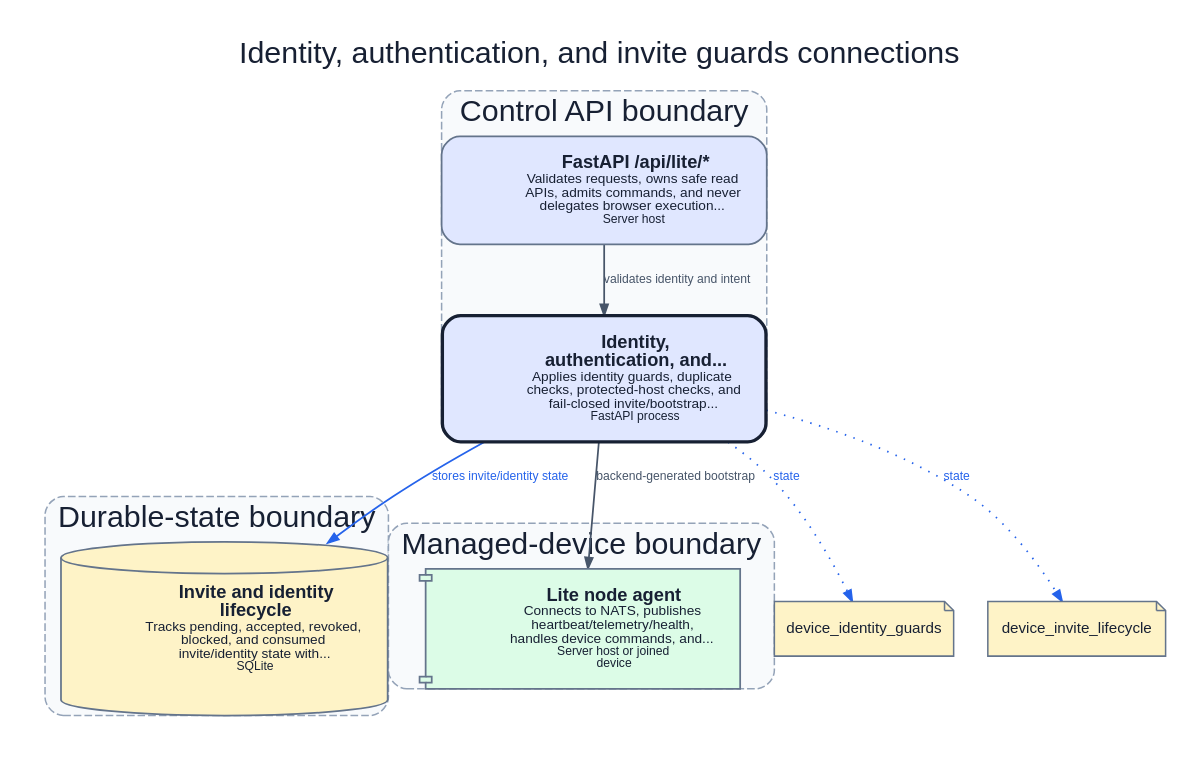
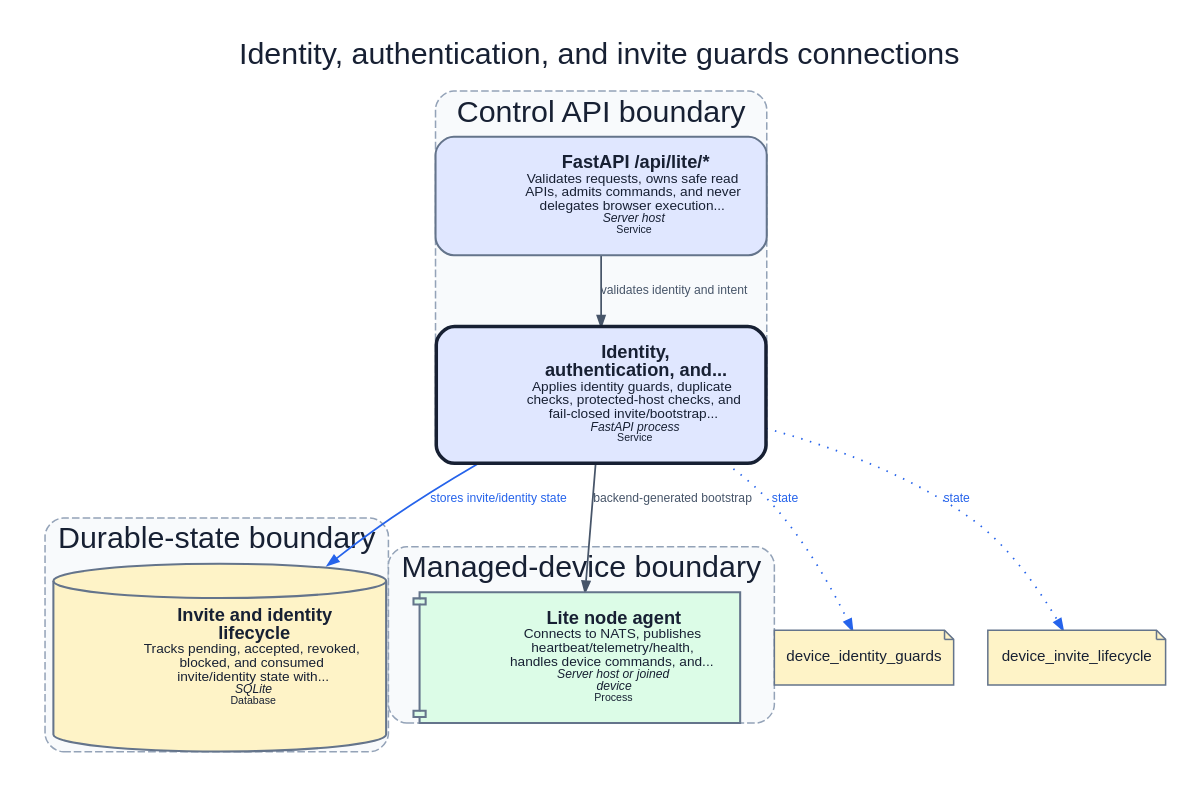
Before and after one commit to dexter-lab-ctrl/pocket-lab-lite: the diagram in docs/assets/diagrams/production/components/api-guards.light.dot, drawn with Graphviz. The commit also changed 395 other files, not shown here.

Commit message:
docs: add infrastructure architecture icons

```diff
--- a/docs/assets/diagrams/production/components/api-guards.light.dot
+++ b/docs/assets/diagrams/production/components/api-guards.light.dot
@@ -1,70 +1,70 @@
 digraph component_api_guards {
   graph [
     rankdir="TB",
     splines="spline",
     compound="true",
     newrank="true",
     nodesep="0.30",
     ranksep="0.52",
     ratio="compress",
     pad="0.20",
     margin="0",
     outputorder="edgesfirst",
     bgcolor="#ffffff",
     fontcolor="#172033",
     fontname="Arial",
     label="Identity, authentication, and invite guards connections",
     labelloc="t",
     fontsize="20"
   ];
   node [
     fontname="Arial",
     fontsize="10",
     color="#64748b",
     fontcolor="#172033",
     margin="0.12,0.08"
   ];
   edge [
     fontname="Arial",
     fontsize="8",
     color="#64748b",
     fontcolor="#475569",
     arrowsize="0.72",
     penwidth="1.15"
   ];
   subgraph "cluster_control-api" {
     label="Control API boundary";
     style="rounded,dashed,filled";
     color="#94a3b8";
     fillcolor="#f8fafc";
     fontcolor="#172033";
     penwidth="1.0";
-    "api-guards" [label=<<TABLE BORDER="0" CELLBORDER="0" CELLPADDING="4"><TR><TD FIXEDSIZE="TRUE" WIDTH="38" HEIGHT="38"> </TD><TD ALIGN="LEFT"><FONT POINT-SIZE="12"><B>Identity,<BR/>authentication, and...</B></FONT><BR/><FONT POINT-SIZE="9">Applies identity guards, duplicate<BR/>checks, protected-host checks, and<BR/>fail-closed invite/bootstrap...</FONT><BR/><FONT POINT-SIZE="8">FastAPI process</FONT></TD></TR></TABLE>>, shape="box", style="rounded,filled,bold", fillcolor="#e0e7ff", color="#172033", fontcolor="#172033", penwidth="2.2", tooltip="Identity, authentication, and invite guards. Applies identity guards, duplicate checks, protected-host checks, and fail-closed invite/bootstrap acceptance.", URL="../../../../generated/production/architecture/components/api-guards/", target="_top"];
-    "lite-api" [label=<<TABLE BORDER="0" CELLBORDER="0" CELLPADDING="4"><TR><TD FIXEDSIZE="TRUE" WIDTH="38" HEIGHT="38"> </TD><TD ALIGN="LEFT"><FONT POINT-SIZE="12"><B>FastAPI /api/lite/*</B></FONT><BR/><FONT POINT-SIZE="9">Validates requests, owns safe read<BR/>APIs, admits commands, and never<BR/>delegates browser execution...</FONT><BR/><FONT POINT-SIZE="8">Server host</FONT></TD></TR></TABLE>>, shape="box", style="rounded,filled", fillcolor="#e0e7ff", color="#64748b", fontcolor="#172033", penwidth="1.15", tooltip="FastAPI /api/lite/*. Validates requests, owns safe read APIs, admits commands, and never delegates browser execution directly to NATS or shell.", URL="../../../../generated/production/architecture/components/lite-api/", target="_top"];
+    "api-guards" [label=<<TABLE BORDER="0" CELLBORDER="0" CELLPADDING="4"><TR><TD FIXEDSIZE="TRUE" WIDTH="42" HEIGHT="42"> </TD><TD ALIGN="LEFT"><FONT POINT-SIZE="12"><B>Identity,<BR/>authentication, and...</B></FONT><BR/><FONT POINT-SIZE="9">Applies identity guards, duplicate<BR/>checks, protected-host checks, and<BR/>fail-closed invite/bootstrap...</FONT><BR/><FONT POINT-SIZE="8"><I>FastAPI process</I></FONT><BR/><FONT POINT-SIZE="7.5">Service</FONT></TD></TR></TABLE>>, shape="box", style="rounded,filled,bold", fillcolor="#e0e7ff", color="#172033", fontcolor="#172033", penwidth="2.3", tooltip="Identity, authentication, and invite guards. Applies identity guards, duplicate checks, protected-host checks, and fail-closed invite/bootstrap acceptance.", URL="../../../../generated/production/architecture/components/api-guards/", target="_top"];
+    "lite-api" [label=<<TABLE BORDER="0" CELLBORDER="0" CELLPADDING="4"><TR><TD FIXEDSIZE="TRUE" WIDTH="42" HEIGHT="42"> </TD><TD ALIGN="LEFT"><FONT POINT-SIZE="12"><B>FastAPI /api/lite/*</B></FONT><BR/><FONT POINT-SIZE="9">Validates requests, owns safe read<BR/>APIs, admits commands, and never<BR/>delegates browser execution...</FONT><BR/><FONT POINT-SIZE="8"><I>Server host</I></FONT><BR/><FONT POINT-SIZE="7.5">Service</FONT></TD></TR></TABLE>>, shape="box", style="rounded,filled", fillcolor="#e0e7ff", color="#64748b", fontcolor="#172033", penwidth="1.35", tooltip="FastAPI /api/lite/*. Validates requests, owns safe read APIs, admits commands, and never delegates browser execution directly to NATS or shell.", URL="../../../../generated/production/architecture/components/lite-api/", target="_top"];
   }
   subgraph "cluster_durable-state" {
     label="Durable-state boundary";
     style="rounded,dashed,filled";
     color="#94a3b8";
     fillcolor="#f8fafc";
     fontcolor="#172033";
     penwidth="1.0";
-    "invite-state" [label=<<TABLE BORDER="0" CELLBORDER="0" CELLPADDING="4"><TR><TD FIXEDSIZE="TRUE" WIDTH="38" HEIGHT="38"> </TD><TD ALIGN="LEFT"><FONT POINT-SIZE="12"><B>Invite and identity<BR/>lifecycle</B></FONT><BR/><FONT POINT-SIZE="9">Tracks pending, accepted, revoked,<BR/>blocked, and consumed<BR/>invite/identity state with...</FONT><BR/><FONT POINT-SIZE="8">SQLite</FONT></TD></TR></TABLE>>, shape="cylinder", style="rounded,filled", fillcolor="#fef3c7", color="#64748b", fontcolor="#172033", penwidth="1.15", tooltip="Invite and identity lifecycle. Tracks pending, accepted, revoked, blocked, and consumed invite/identity state with duplicate and mismatch guards.", URL="../../../../generated/production/architecture/components/invite-state/", target="_top"];
+    "invite-state" [label=<<TABLE BORDER="0" CELLBORDER="0" CELLPADDING="4"><TR><TD FIXEDSIZE="TRUE" WIDTH="42" HEIGHT="42"> </TD><TD ALIGN="LEFT"><FONT POINT-SIZE="12"><B>Invite and identity<BR/>lifecycle</B></FONT><BR/><FONT POINT-SIZE="9">Tracks pending, accepted, revoked,<BR/>blocked, and consumed<BR/>invite/identity state with...</FONT><BR/><FONT POINT-SIZE="8"><I>SQLite</I></FONT><BR/><FONT POINT-SIZE="7.5">Database</FONT></TD></TR></TABLE>>, shape="cylinder", style="rounded,filled", fillcolor="#fef3c7", color="#64748b", fontcolor="#172033", penwidth="1.35", tooltip="Invite and identity lifecycle. Tracks pending, accepted, revoked, blocked, and consumed invite/identity state with duplicate and mismatch guards.", URL="../../../../generated/production/architecture/components/invite-state/", target="_top"];
   }
   subgraph "cluster_managed-device" {
     label="Managed-device boundary";
     style="rounded,dashed,filled";
     color="#94a3b8";
     fillcolor="#f8fafc";
     fontcolor="#172033";
     penwidth="1.0";
-    "node-agent" [label=<<TABLE BORDER="0" CELLBORDER="0" CELLPADDING="4"><TR><TD FIXEDSIZE="TRUE" WIDTH="38" HEIGHT="38"> </TD><TD ALIGN="LEFT"><FONT POINT-SIZE="12"><B>Lite node agent</B></FONT><BR/><FONT POINT-SIZE="9">Connects to NATS, publishes<BR/>heartbeat/telemetry/health,<BR/>handles device commands, and...</FONT><BR/><FONT POINT-SIZE="8">Server host or joined<BR/>device</FONT></TD></TR></TABLE>>, shape="component", style="rounded,filled", fillcolor="#dcfce7", color="#64748b", fontcolor="#172033", penwidth="1.15", tooltip="Lite node agent. Connects to NATS, publishes heartbeat/telemetry/health, handles device commands, and reconnects after outages.", URL="../../../../generated/production/architecture/components/node-agent/", target="_top"];
+    "node-agent" [label=<<TABLE BORDER="0" CELLBORDER="0" CELLPADDING="4"><TR><TD FIXEDSIZE="TRUE" WIDTH="42" HEIGHT="42"> </TD><TD ALIGN="LEFT"><FONT POINT-SIZE="12"><B>Lite node agent</B></FONT><BR/><FONT POINT-SIZE="9">Connects to NATS, publishes<BR/>heartbeat/telemetry/health,<BR/>handles device commands, and...</FONT><BR/><FONT POINT-SIZE="8"><I>Server host or joined<BR/>device</I></FONT><BR/><FONT POINT-SIZE="7.5">Process</FONT></TD></TR></TABLE>>, shape="component", style="rounded,filled", fillcolor="#dcfce7", color="#64748b", fontcolor="#172033", penwidth="1.35", tooltip="Lite node agent. Connects to NATS, publishes heartbeat/telemetry/health, handles device commands, and reconnects after outages.", URL="../../../../generated/production/architecture/components/node-agent/", target="_top"];
   }
   "lite-api" -> "api-guards" [label="validates identity and intent", tooltip="validates identity and intent (Python)", style="solid", arrowhead="normal", color="#475569", fontcolor="#475569"];
   "api-guards" -> "node-agent" [label="backend-generated bootstrap", tooltip="backend-generated bootstrap (Shell artifact)", style="solid", arrowhead="normal", color="#475569", fontcolor="#475569"];
   "api-guards" -> "invite-state" [label="stores invite/identity state", tooltip="stores invite/identity state (SQLite)", style="solid", arrowhead="normal", color="#2563eb", fontcolor="#2563eb"];
   "state_dependency_0" [label="device_identity_guards", shape="note", style="filled", fillcolor="#fef3c7", color="#64748b", fontcolor="#172033", tooltip="Durable-state dependency"];
   "api-guards" -> "state_dependency_0" [label="state", style="dotted", color="#2563eb", fontcolor="#2563eb"];
   "state_dependency_1" [label="device_invite_lifecycle", shape="note", style="filled", fillcolor="#fef3c7", color="#64748b", fontcolor="#172033", tooltip="Durable-state dependency"];
   "api-guards" -> "state_dependency_1" [label="state", style="dotted", color="#2563eb", fontcolor="#2563eb"];
 }
```
